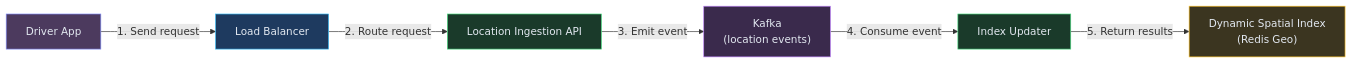
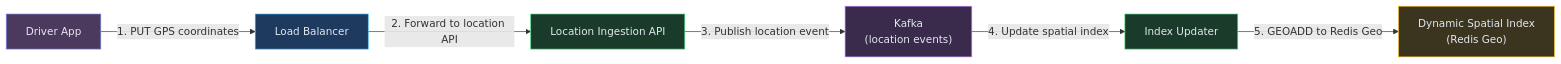
The third of 6 diagrams in content/hld/NearbyService.md (iluzn/HLD-Designs), drawn with Mermaid before and after one commit. The commit also changed other lines of this file and 27 other files, not shown here.

````diff
--- a/content/hld/NearbyService.md
+++ b/content/hld/NearbyService.md
@@ -194,21 +194,21 @@
 ```mermaid
 flowchart LR
     DRIVER["Driver App"]:::client
     LB["Load Balancer"]:::edge
     LOCAPI["Location Ingestion API"]:::service
     KAFKA["Kafka<br/>(location events)"]:::async
     UPDATER["Index Updater"]:::service
     GEODYN["Dynamic Spatial Index<br/>(Redis Geo)"]:::data
 
-    DRIVER -->|"1. Send request"| LB
-    LB -->|"2. Route request"| LOCAPI
-    LOCAPI -->|"3. Emit event"| KAFKA
-    KAFKA -->|"4. Consume event"| UPDATER
-    UPDATER -->|"5. Return results"| GEODYN
+    DRIVER -->|"1. PUT GPS coordinates"| LB
+    LB -->|"2. Forward to location API"| LOCAPI
+    LOCAPI -->|"3. Publish location event"| KAFKA
+    KAFKA -->|"4. Update spatial index"| UPDATER
+    UPDATER -->|"5. GEOADD to Redis Geo"| GEODYN
 
     classDef client fill:#4c3a5e,stroke:#818cf8,color:#e2e8f0
     classDef edge fill:#1e3a5f,stroke:#38bdf8,color:#e2e8f0
     classDef service fill:#1a3a2a,stroke:#4ade80,color:#e2e8f0
     classDef data fill:#3b3520,stroke:#fbbf24,color:#e2e8f0
     classDef async fill:#3a2a4c,stroke:#c084fc,color:#e2e8f0
 ```
````
